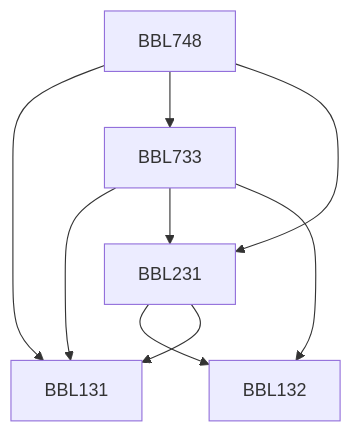
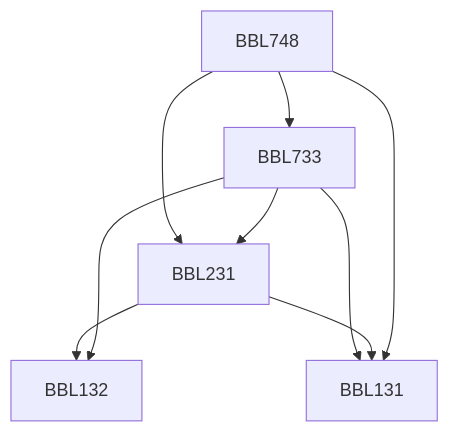
One commit to KeshavBansal0122/CoS_Website changed the diagram in content/Biochemical Engineering and Biotechnology/BBL748.md. Above: the diagram before and after it, drawn with Mermaid. The commit also changed other lines of this file and 2662 other files, not shown here.

````diff
--- a/content/Biochemical Engineering and Biotechnology/BBL748.md
+++ b/content/Biochemical Engineering and Biotechnology/BBL748.md
@@ -13,15 +13,15 @@
 ```mermaid
 flowchart TD
 BBL748-93[BBL748]
+BBL231-93 --> BBL132-93[BBL132]
 BBL733-93 --> BBL131-93[BBL131]
-BBL231-93 --> BBL132-93[BBL132]
+BBL733-93 --> BBL132-93[BBL132]
+BBL748-93 --> BBL231-93[BBL231]
+BBL231-93 --> BBL131-93[BBL131]
 BBL733-93 --> BBL231-93[BBL231]
-BBL231-93 --> BBL131-93[BBL131]
-BBL733-93 --> BBL132-93[BBL132]
+BBL748-93 --> BBL733-93[BBL733]
 BBL748-93 --> BBL131-93[BBL131]
-BBL748-93 --> BBL733-93[BBL733]
-BBL748-93 --> BBL231-93[BBL231]
 
 classDef empty height:17px, fill:transparent, stroke:transparent;
 classDef trueEmpty height:0px, width:0px;
 ```
````
